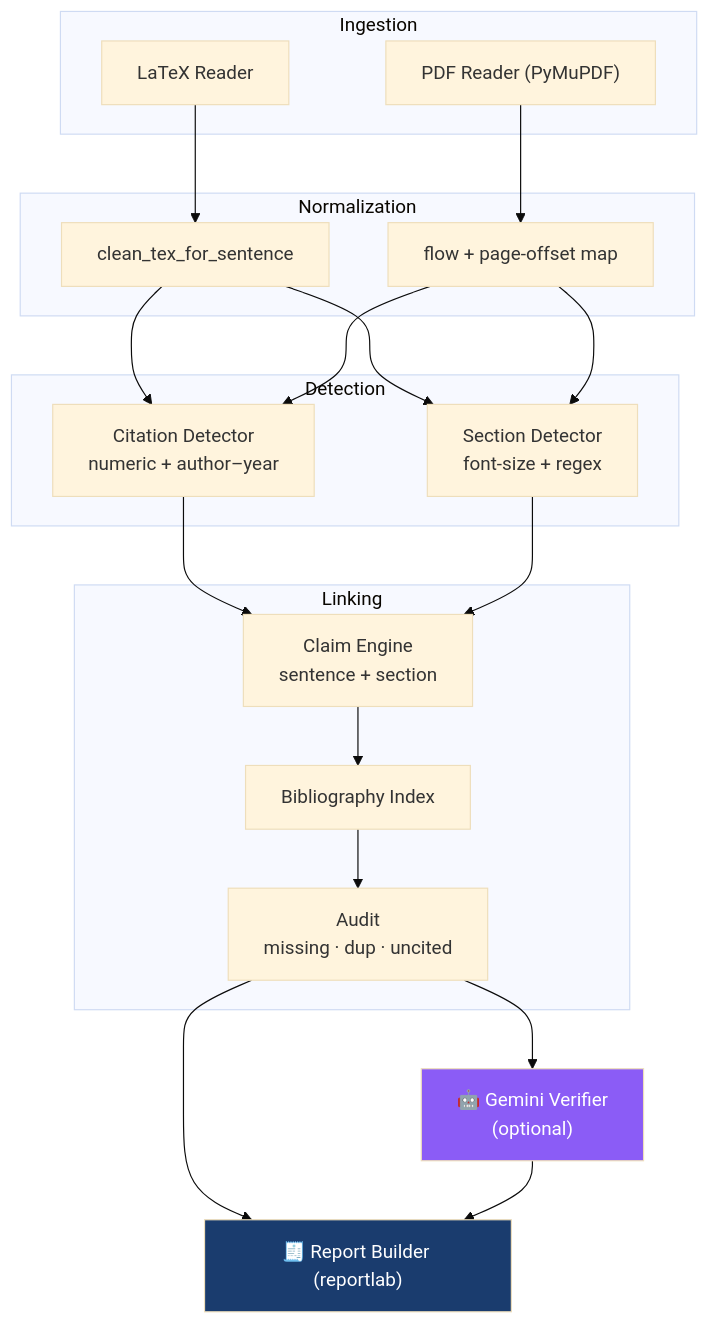
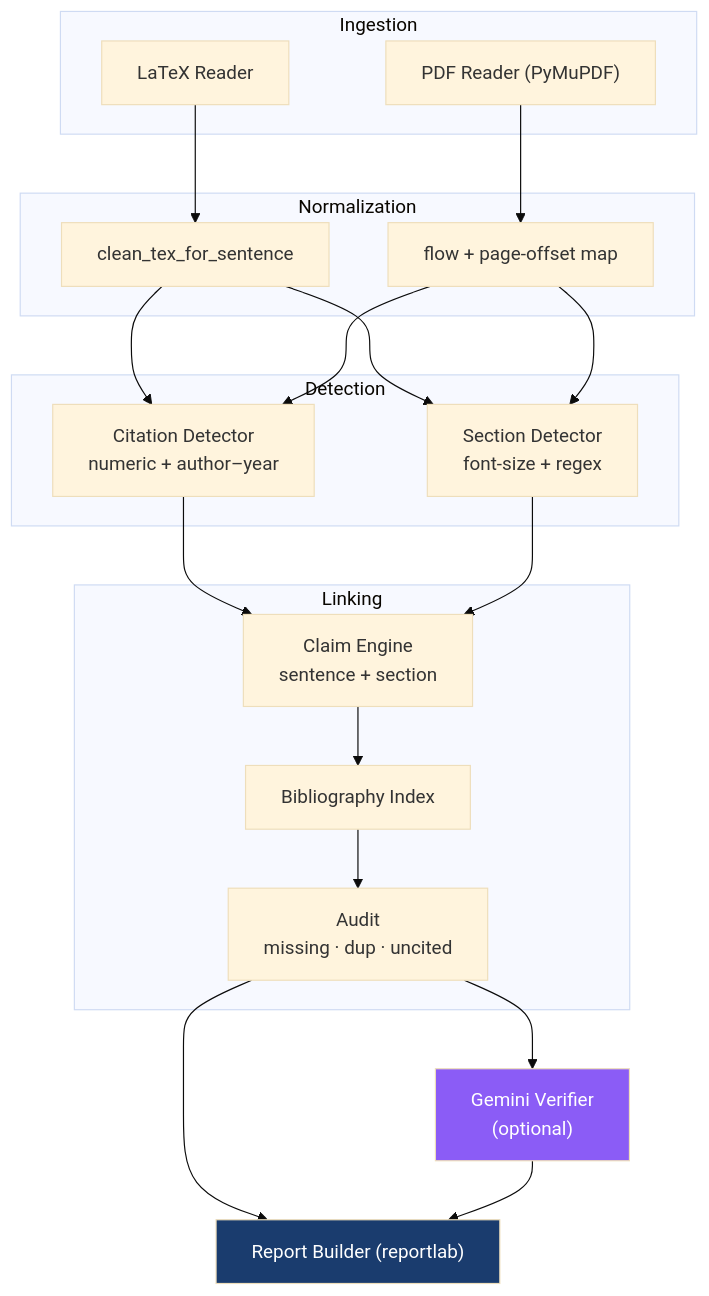
The second of 2 diagrams in README.md (LunarLumos/ClaimRef), drawn with Mermaid (base theme) before and after one commit. The commit also changed other lines of this file, not shown here.

````diff
--- a/README.md
+++ b/README.md
@@ -410,33 +411,33 @@
 ```mermaid
 flowchart TB
     subgraph Ingestion
         L["LaTeX Reader"]
         P["PDF Reader (PyMuPDF)"]
     end
     subgraph Normalization
         CT["clean_tex_for_sentence"]
         FT["flow + page-offset map"]
     end
     subgraph Detection
         CIT["Citation Detector<br/>numeric + author–year"]
         SEC["Section Detector<br/>font-size + regex"]
     end
     subgraph Linking
         BIB["Bibliography Index"]
         CLAIM["Claim Engine<br/>sentence + section"]
         AUD["Audit<br/>missing · dup · uncited"]
     end
-    VER["🤖 Gemini Verifier<br/>(optional)"]
-    REP["🧾 Report Builder (reportlab)"]
+    VER["Gemini Verifier<br/>(optional)"]
+    REP["Report Builder (reportlab)"]
 
     L --> CT --> CIT
     P --> FT --> CIT
     CT --> SEC
     FT --> SEC
     CIT --> CLAIM
     SEC --> CLAIM
     CLAIM --> BIB --> AUD --> REP
     AUD --> VER --> REP
     style REP fill:#1a3c6e,color:#fff
     style VER fill:#8b5cf6,color:#fff
 ```
````
